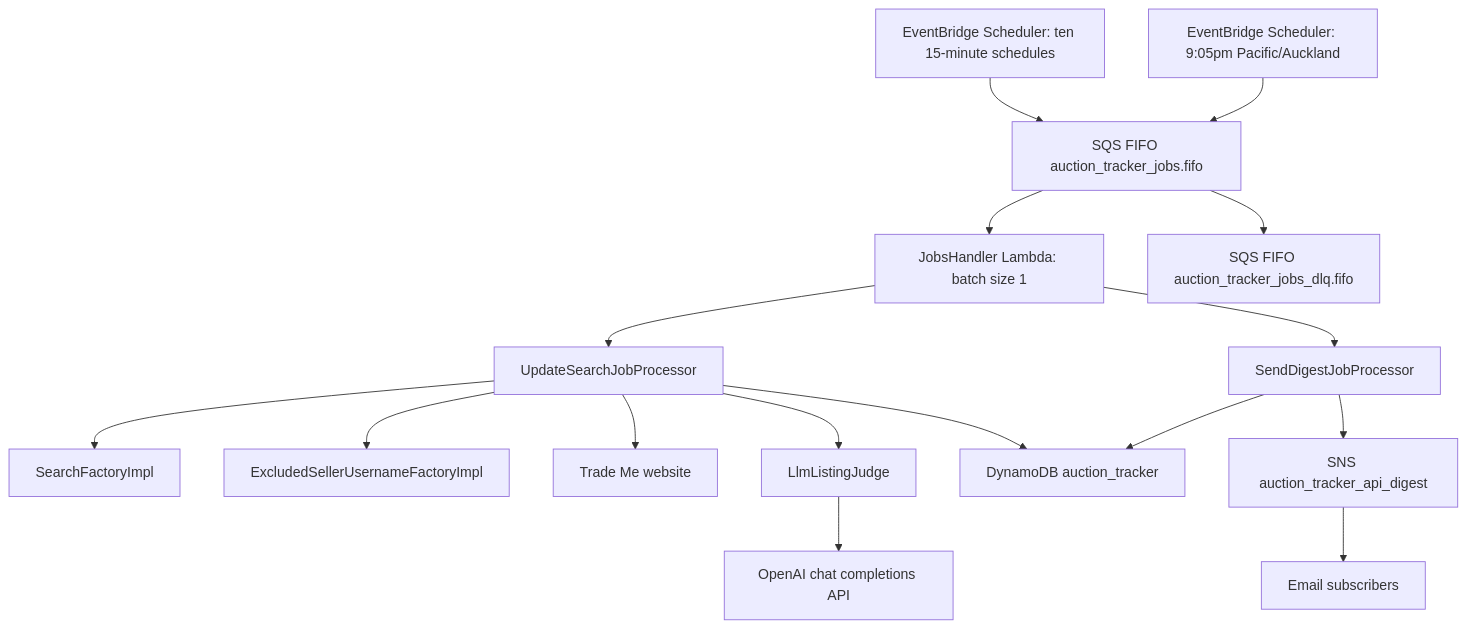
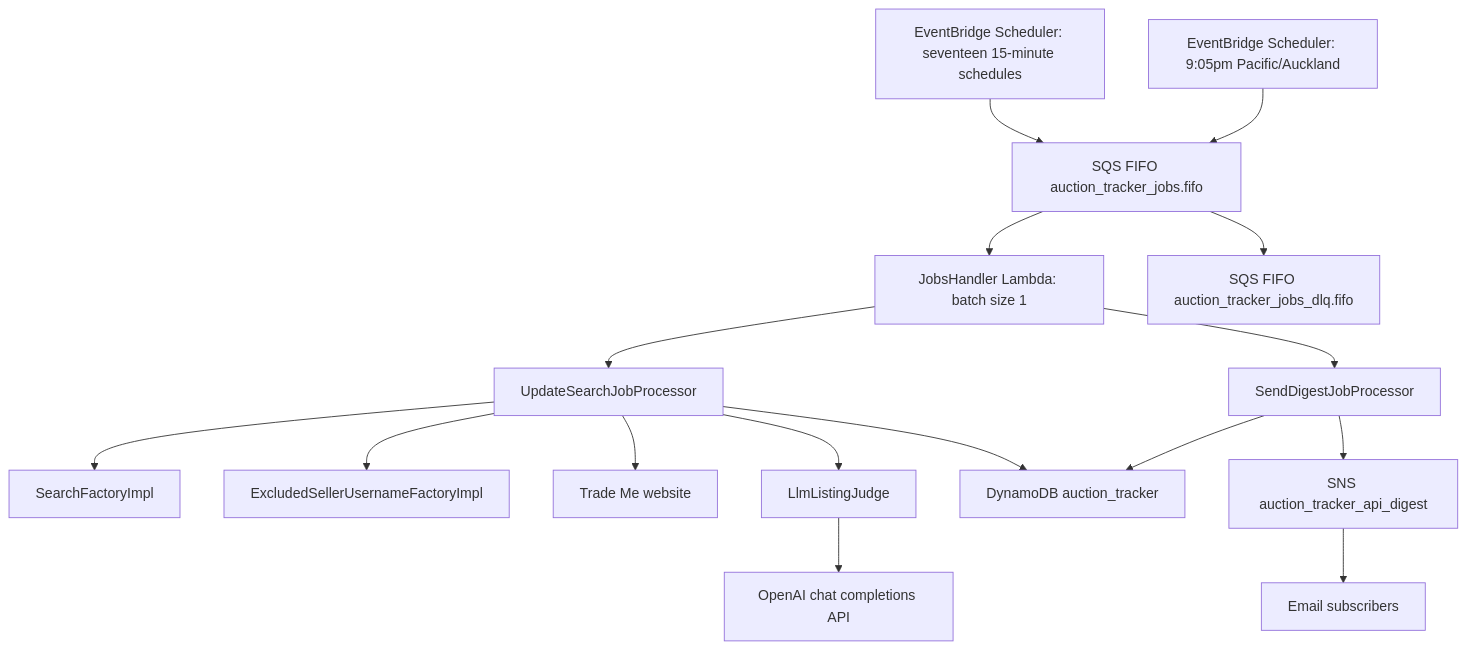
The first of 2 diagrams in auction_tracker_api/README.md (jordansimsmith/jordansimsmith-com), drawn with Mermaid before and after one commit. The commit also changed other lines of this file and 116 other files, not shown here.

````diff
--- a/auction_tracker_api/README.md
+++ b/auction_tracker_api/README.md
@@ -58,18 +59,18 @@
 ```mermaid
 flowchart TD
-  updateSchedules[EventBridge Scheduler: ten 15-minute schedules] --> jobsQueue[SQS FIFO auction_tracker_jobs.fifo]
+  updateSchedules[EventBridge Scheduler: seventeen 15-minute schedules] --> jobsQueue[SQS FIFO auction_tracker_jobs.fifo]
   digestSchedule[EventBridge Scheduler: 9:05pm Pacific/Auckland] --> jobsQueue
   jobsQueue --> jobsHandler[JobsHandler Lambda: batch size 1]
   jobsHandler --> searchProcessor[UpdateSearchJobProcessor]
   jobsHandler --> digestProcessor[SendDigestJobProcessor]
   searchProcessor --> searchFactory[SearchFactoryImpl]
   searchProcessor --> excludedSellers[ExcludedSellerUsernameFactoryImpl]
   searchProcessor --> tradeMe[Trade Me website]
   searchProcessor --> listingJudge[LlmListingJudge]
   listingJudge --> openAi[OpenAI chat completions API]
   searchProcessor --> auctionTable[DynamoDB auction_tracker]
   digestProcessor --> auctionTable
   digestProcessor --> digestTopic[SNS auction_tracker_api_digest]
   digestTopic --> subscribers[Email subscribers]
   jobsQueue --> jobsDlq[SQS FIFO auction_tracker_jobs_dlq.fifo]
 ```
````
